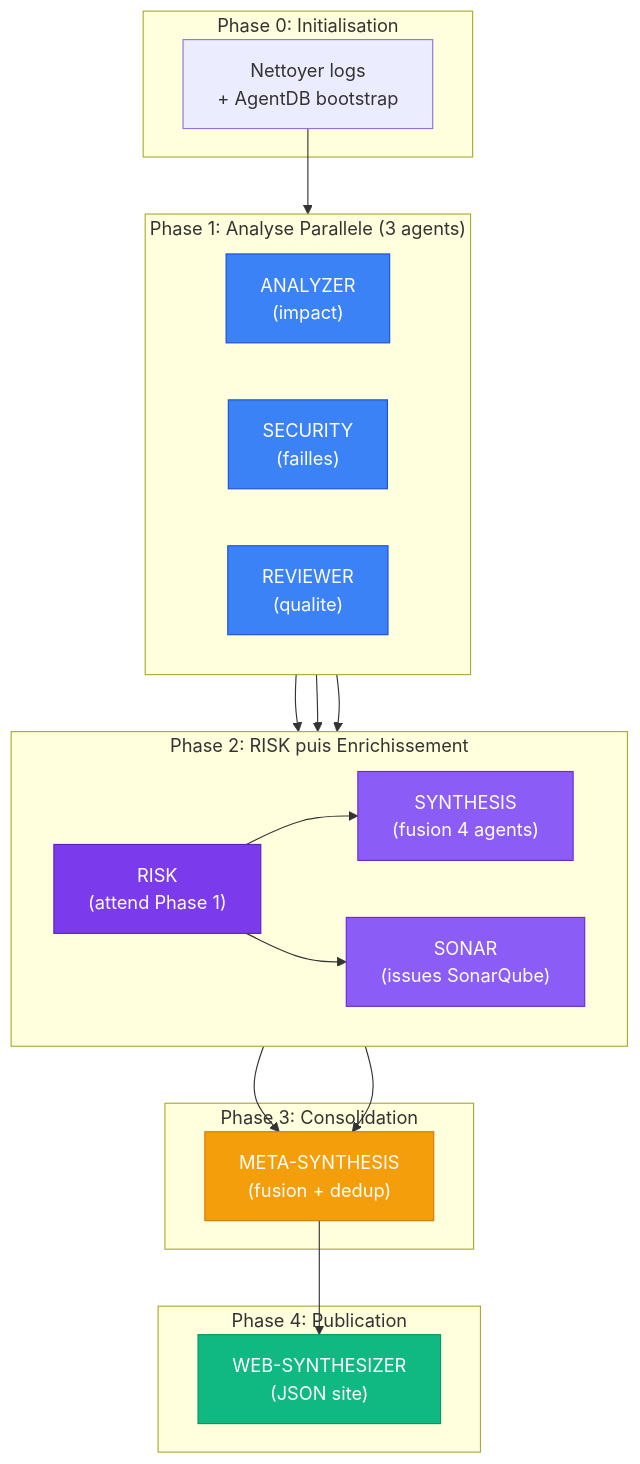
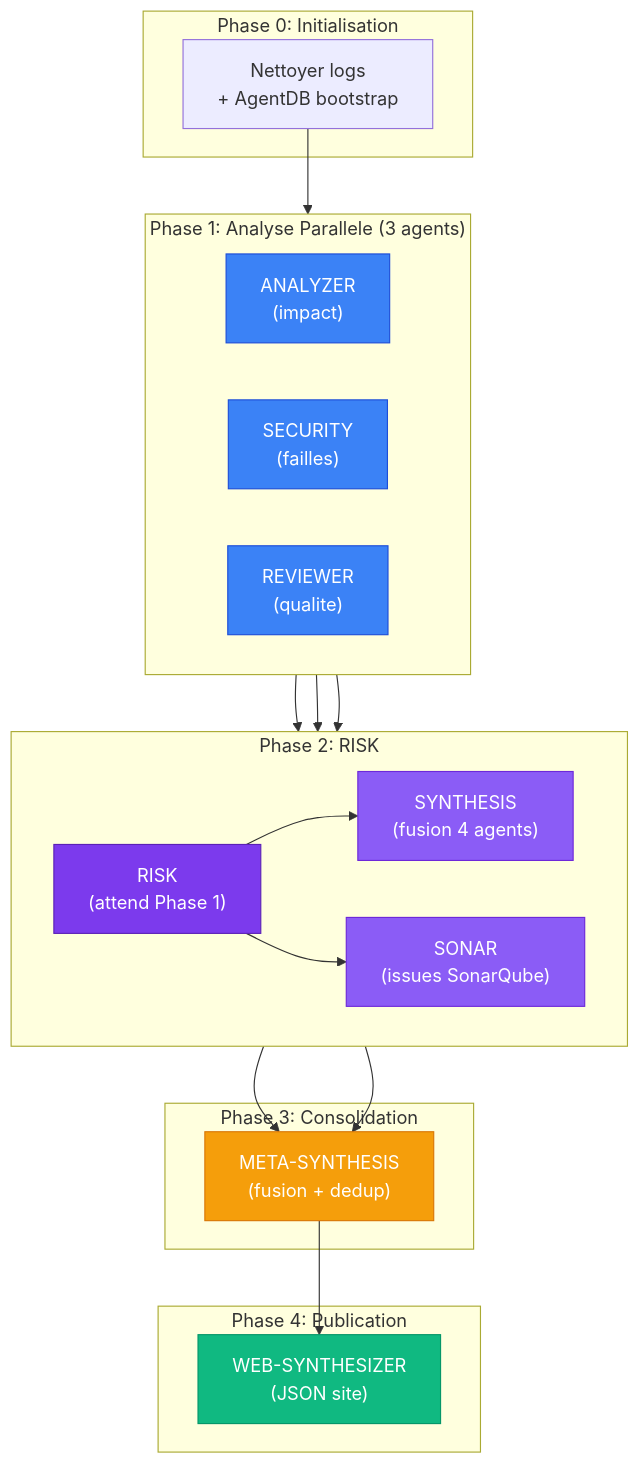
Before and after one commit to Pluenet-Killian/flow: the eighth of 8 diagrams in docs_claude/02-architecture-globale.md, drawn with Mermaid. The commit also changed other lines of this file and 33 other files, not shown here.

First line of the commit message:
FEAT: documentation and code structure for AgentDB and CRE Flow

````diff
--- a/docs_claude/02-architecture-globale.md
+++ b/docs_claude/02-architecture-globale.md
@@ -439,47 +439,47 @@
 ```mermaid
 flowchart TB
     subgraph PHASE0["Phase 0: Initialisation"]
         INIT["Nettoyer logs<br/>+ AgentDB bootstrap"]
     end
 
     subgraph PHASE1["Phase 1: Analyse Parallele (3 agents)"]
         direction LR
         ANA["ANALYZER<br/>(impact)"]
         SEC["SECURITY<br/>(failles)"]
         REV["REVIEWER<br/>(qualite)"]
     end
 
-    subgraph PHASE2["Phase 2: RISK puis Enrichissement"]
+    subgraph PHASE2["Phase 2: RISK"]
         RISK["RISK<br/>(attend Phase 1)"]
         direction LR
         SYN["SYNTHESIS<br/>(fusion 4 agents)"]
         SON["SONAR<br/>(issues SonarQube)"]
     end
 
     subgraph PHASE3["Phase 3: Consolidation"]
         META["META-SYNTHESIS<br/>(fusion + dedup)"]
     end
 
     subgraph PHASE4["Phase 4: Publication"]
         WEB["WEB-SYNTHESIZER<br/>(JSON site)"]
     end
 
     INIT --> PHASE1
     ANA & SEC & REV --> RISK
     RISK --> SYN & SON
     SYN & SON --> META
     META --> WEB
 
     %% Styles
     classDef phase1 fill:#3b82f6,stroke:#1d4ed8,color:white
     classDef phase2a fill:#7c3aed,stroke:#5b21b6,color:white
     classDef phase2b fill:#8b5cf6,stroke:#6d28d9,color:white
     classDef phase3 fill:#f59e0b,stroke:#d97706,color:white
     classDef phase4 fill:#10b981,stroke:#059669,color:white
 
     class ANA,SEC,REV phase1
     class RISK phase2a
     class SYN,SON phase2b
     class META phase3
     class WEB phase4
 ```
````
